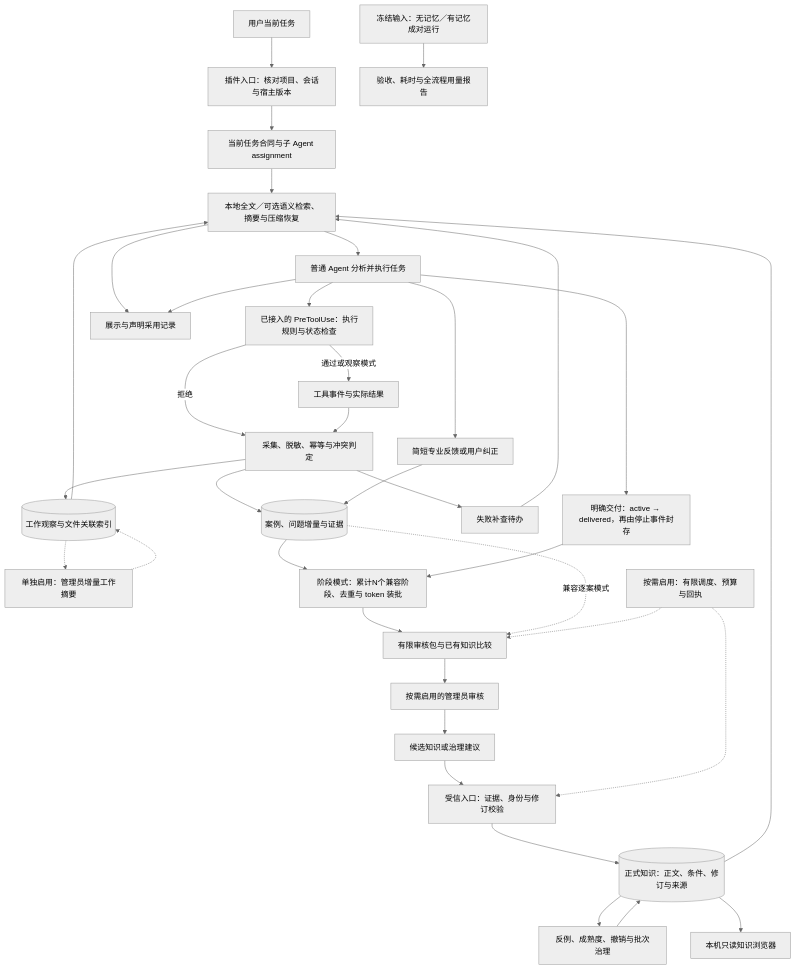
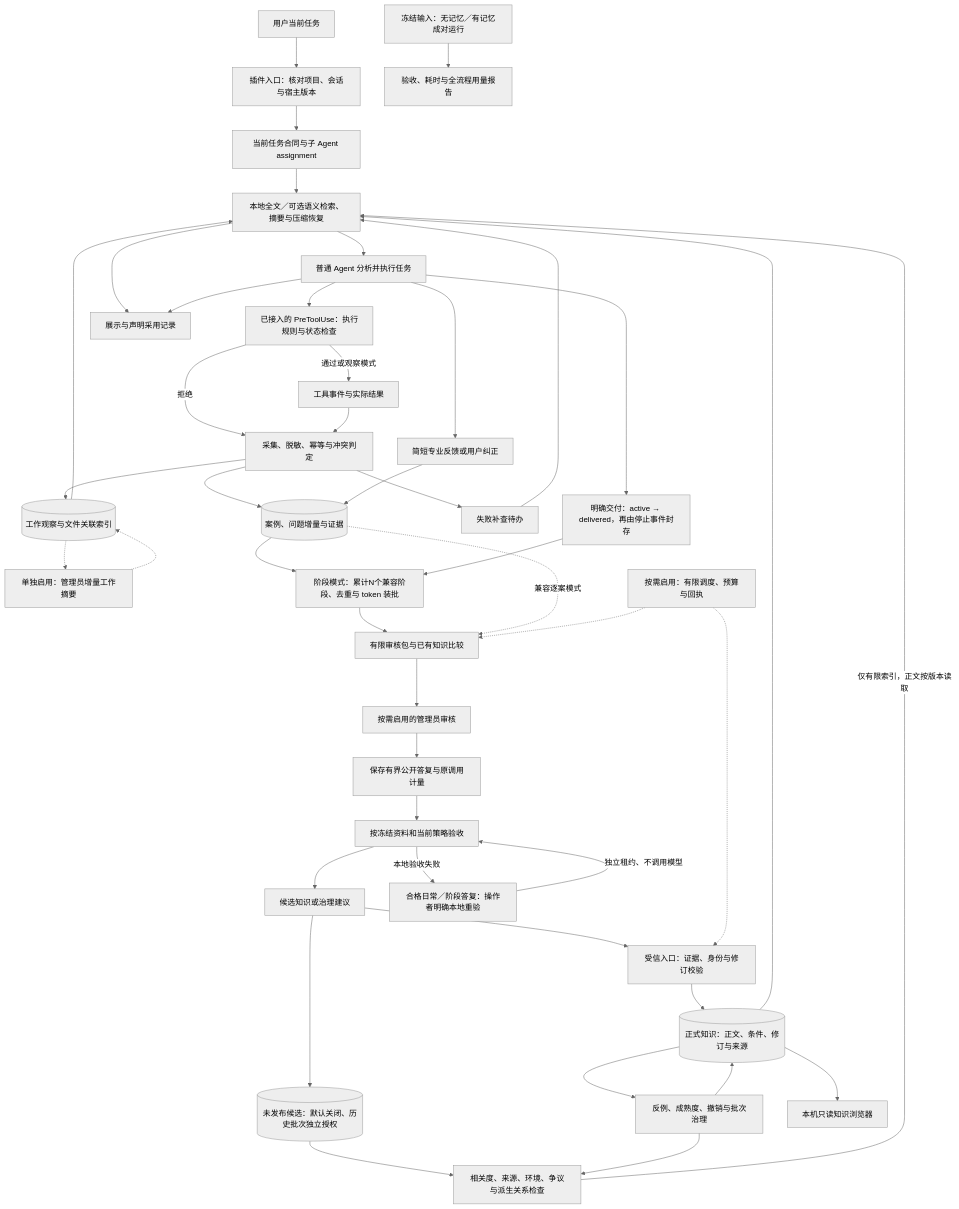
Before and after one commit to swenbo1-web/agents-learning: the first of 2 diagrams in README.md, drawn with Mermaid (neutral theme). The commit also changed other lines of this file and 57 other files, not shown here.

````diff
--- a/README.md
+++ b/README.md
@@ -439,38 +448,46 @@
 ```mermaid
 flowchart TD
     User["用户当前任务"] --> Entry["插件入口：核对项目、会话与宿主版本"]
     Entry --> Task["当前任务合同与子 Agent assignment"]
     Task --> Retrieve["本地全文／可选语义检索、摘要与压缩恢复"]
     Knowledge[("正式知识：正文、条件、修订与来源")] --> Retrieve
+    Pending[("未发布候选：默认关闭、历史批次独立授权")] --> CheckRef["相关度、来源、环境、争议与派生关系检查"]
+    CheckRef -->|"仅有限索引，正文按版本读取"| Retrieve
     Retrieve --> Worker["普通 Agent 分析并执行任务"]
     Worker --> Guard["已接入的 PreToolUse：执行规则与状态检查"]
     Guard -->|"通过或观察模式"| Result["工具事件与实际结果"]
     Guard -->|"拒绝"| Capture
     Result --> Capture["采集、脱敏、幂等与冲突判定"]
     Capture --> Cases[("案例、问题增量与证据")]
     Capture --> Work[("工作观察与文件关联索引")]
     Work --> Retrieve
     Work -.-> Summary["单独启用：管理员增量工作摘要"]
     Summary -.-> Work
     Worker --> Feedback["简短专业反馈或用户纠正"]
     Feedback --> Cases
     Capture --> Fault["失败补查待办"]
     Fault --> Retrieve
     Worker --> Delivery["明确交付：active → delivered，再由停止事件封存"]
     Cases --> Stage["阶段模式：累计N个兼容阶段、去重与 token 装批"]
     Delivery --> Stage
     Stage --> Packet["有限审核包与已有知识比较"]
     Cases -.->|"兼容逐案模式"| Packet
     Packet --> Admin["按需启用的管理员审核"]
-    Admin --> Candidate["候选知识或治理建议"]
+    Admin --> Saved["保存有界公开答复与原调用计量"]
+    Saved --> Accept["按冻结资料和当前策略验收"]
+    Accept --> Candidate["候选知识或治理建议"]
+    Candidate --> Pending
+    Accept -->|"本地验收失败"| Recheck["合格日常／阶段答复：操作者明确本地重验"]
+    Recheck -->|"独立租约、不调用模型"| Accept
     Candidate --> Publish["受信入口：证据、身份与修订校验"]
     Publish --> Knowledge
     Knowledge --> Governance["反例、成熟度、撤销与批次治理"]
     Governance --> Knowledge
+    Governance --> CheckRef
     Schedule["按需启用：有限调度、预算与回执"] -.-> Packet
     Schedule -.-> Publish
     Retrieve --> Exposure["展示与声明采用记录"]
     Worker --> Exposure
     Knowledge --> Browser["本机只读知识浏览器"]
     Evaluation["冻结输入：无记忆／有记忆成对运行"] --> Report["验收、耗时与全流程用量报告"]
 ```
````
